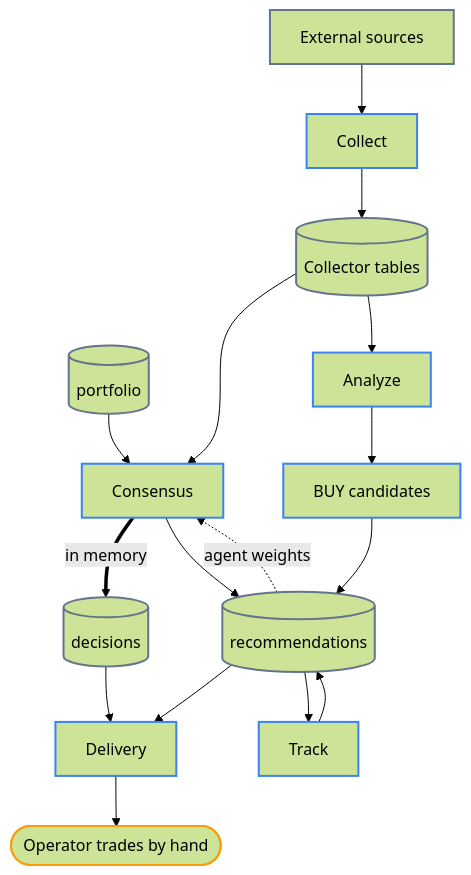
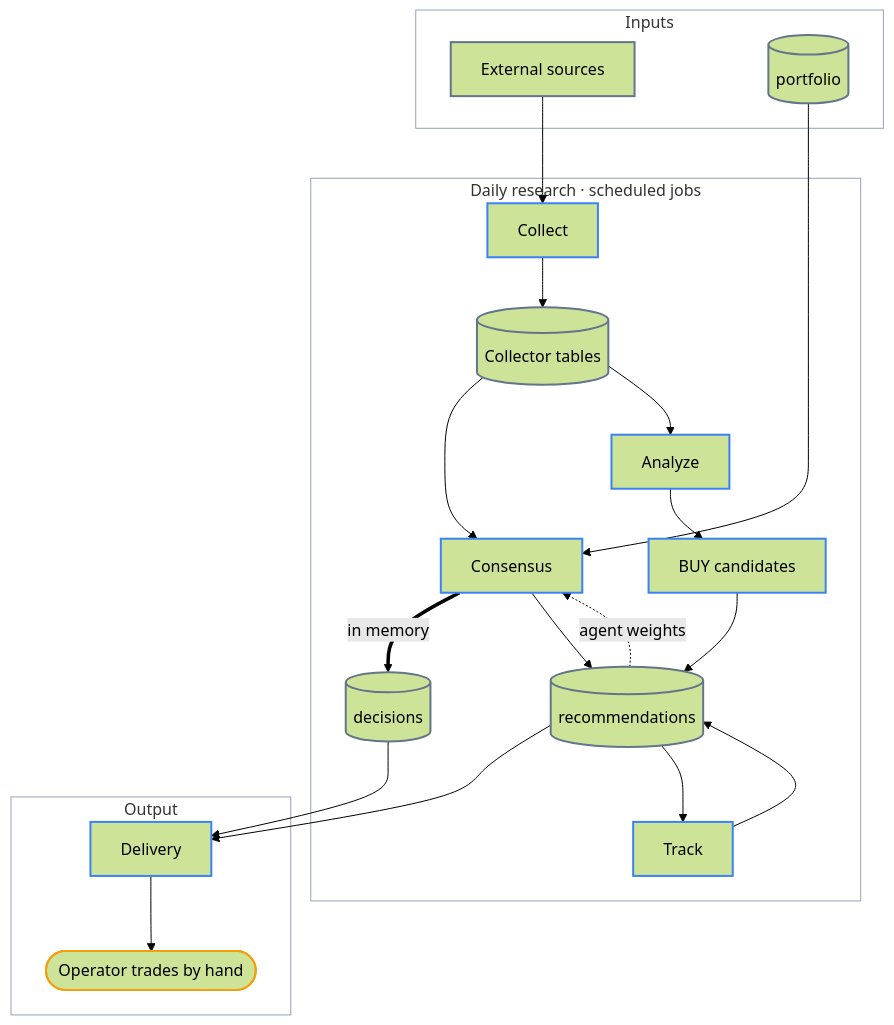
The diagram in README.md (researcherhojin/nuri-quant), drawn with Mermaid (forest theme) before and after one commit. The commit also changed other lines of this file, not shown here.

First line of the commit message:
docs(readme): group the architecture diagram and edit the prose for an official tone (#2032)

````diff
--- a/README.md
+++ b/README.md
@@ -22,36 +22,44 @@
 ```mermaid
 flowchart TB
-    SRC["External sources"]
-    COL["Collect"]
-    TAB[("Collector tables")]
-    PF[("portfolio")]
-    CON["Consensus"]
-    FAC["Analyze"]
-    BUY["BUY candidates"]
-    DEC[("decisions")]
-    REC[("recommendations")]
-    OUT["Delivery"]
-    TRK["Track"]
-    YOU(["Operator trades by hand"])
+    subgraph INPUTS["Inputs"]
+        SRC["External sources"]
+        PF[("portfolio")]
+    end
+    subgraph RESEARCH["Daily research · scheduled jobs"]
+        COL["Collect"]
+        TAB[("Collector tables")]
+        CON["Consensus"]
+        FAC["Analyze"]
+        BUY["BUY candidates"]
+        DEC[("decisions")]
+        REC[("recommendations")]
+        TRK["Track"]
+    end
+    subgraph OUTPUT["Output"]
+        OUT["Delivery"]
+        YOU(["Operator trades by hand"])
+    end
 
     SRC --> COL --> TAB
     TAB --> CON
     PF --> CON
     TAB --> FAC --> BUY
     CON ==>|in memory| DEC
     CON --> REC
     BUY --> REC
     REC -.->|agent weights| CON
     DEC --> OUT
     REC --> OUT
     REC --> TRK
     TRK --> REC
     OUT --> YOU
 
     classDef step  stroke:#3b82f6,stroke-width:2px
     classDef store stroke:#64748b,stroke-width:2px
     classDef human stroke:#f59e0b,stroke-width:2px
+    classDef zone  fill:none,stroke:#94a3b8,stroke-width:1px
     class COL,FAC,CON,BUY,TRK,OUT step
     class SRC,TAB,PF,REC,DEC store
     class YOU human
+    class INPUTS,RESEARCH,OUTPUT zone
 ```
````
